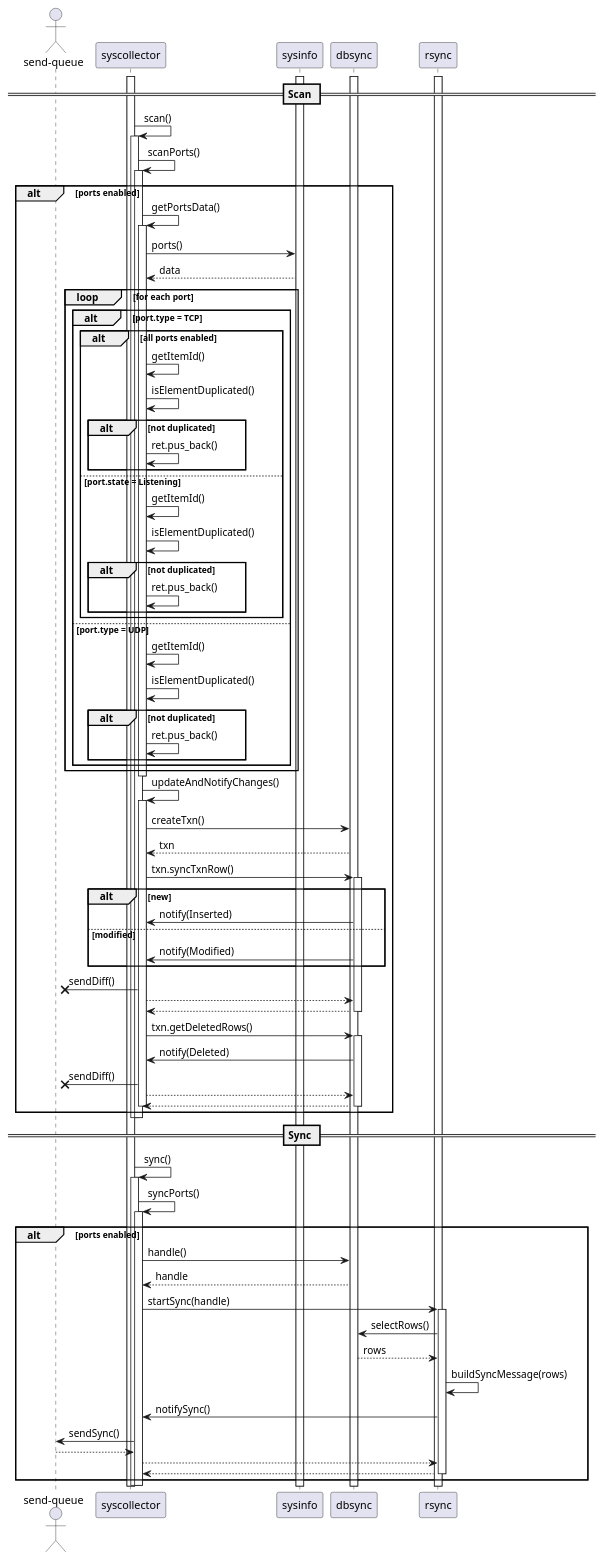
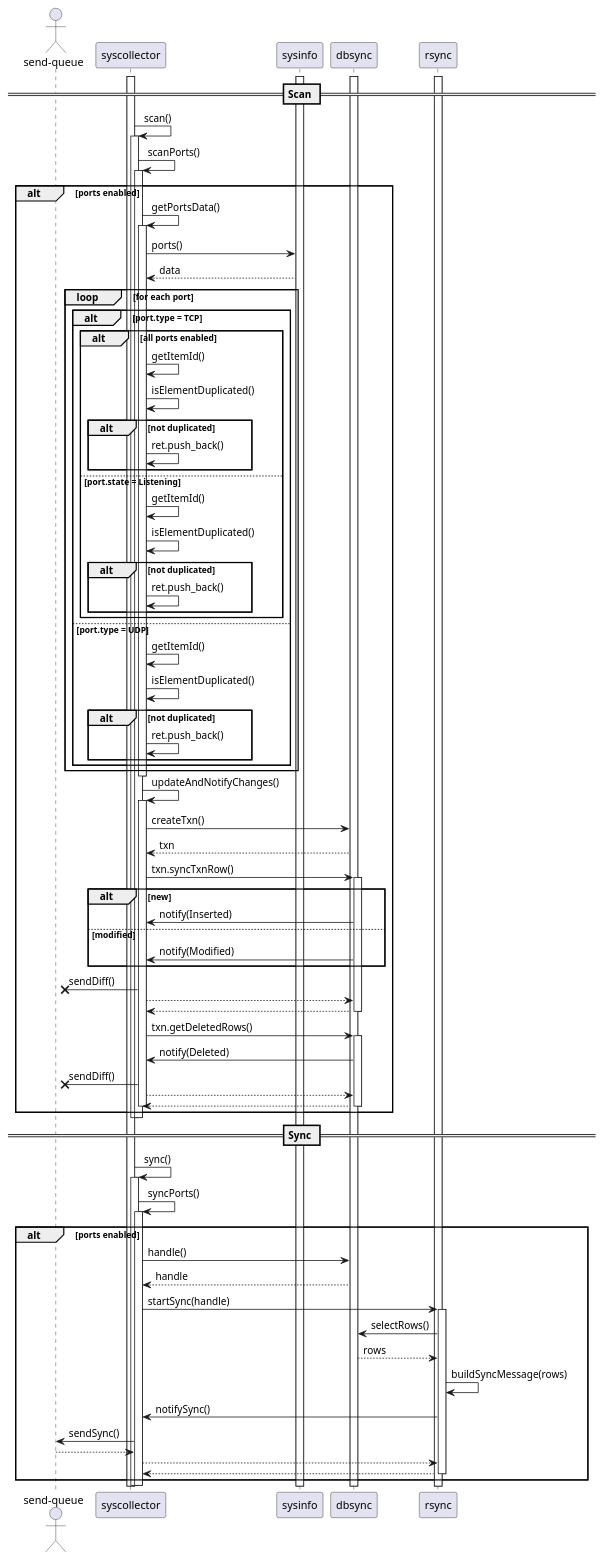
The diagram in src/diagrams/architecture/syscollector/sequence-ports.puml (wazuh/wazuh-agent), drawn with PlantUML before and after one commit. The commit also changed other lines of this file and 4 other files, not shown here.

Commit message:
added syscollector diagrams.

```diff
--- a/src/diagrams/architecture/syscollector/sequence-ports.puml
+++ b/src/diagrams/architecture/syscollector/sequence-ports.puml
@@ -1,86 +1,86 @@
-@startuml
+@startuml ports
 actor "send-queue" as queue
 participant syscollector as sysco
 participant sysinfo
 participant dbsync
 participant rsync
 
 activate dbsync
 activate rsync
 activate sysco
 activate sysinfo
 == Scan ==
 sysco -> sysco++ : scan()
 sysco -> sysco++ : scanPorts()
 alt ports enabled
     sysco -> sysco++ : getPortsData()
         sysco -> sysinfo : ports()
         sysco <-- sysinfo : data
         loop for each port
             alt port.type = TCP
                 alt all ports enabled
                     sysco -> sysco : getItemId()
                     sysco -> sysco : isElementDuplicated()
                     alt not duplicated
-                        sysco -> sysco : ret.pus_back()
+                        sysco -> sysco : ret.push_back()
                     end
                 else port.state = Listening
                     sysco -> sysco : getItemId()
                     sysco -> sysco : isElementDuplicated()
                     alt not duplicated
-                        sysco -> sysco : ret.pus_back()
+                        sysco -> sysco : ret.push_back()
                     end
                 end
             else port.type = UDP
                 sysco -> sysco : getItemId()
                 sysco -> sysco : isElementDuplicated()
                 alt not duplicated
-                    sysco -> sysco : ret.pus_back()
+                    sysco -> sysco : ret.push_back()
                 end
             end
         end
     sysco--
     sysco -> sysco++ : updateAndNotifyChanges()
         sysco -> dbsync : createTxn()
         sysco <-- dbsync : txn
         sysco -> dbsync++ : txn.syncTxnRow()
             alt new
                 dbsync -> sysco : notify(Inserted)
             else modified
                 dbsync -> sysco : notify(Modified)
             end
             sysco ->x queue : sendDiff()
             dbsync <-- sysco
             dbsync --> sysco
         dbsync--
         sysco -> dbsync++ : txn.getDeletedRows()
             dbsync -> sysco : notify(Deleted)
             sysco ->x queue : sendDiff()
             dbsync <-- sysco
             dbsync --> sysco
         dbsync--
     sysco--
 end
 sysco--
 sysco--
 == Sync ==
 sysco -> sysco++ : sync()
 sysco -> sysco++ : syncPorts()
     alt ports enabled
         sysco -> dbsync : handle()
         sysco <-- dbsync : handle
         sysco -> rsync++ : startSync(handle)
             rsync -> dbsync : selectRows()
             dbsync --> rsync : rows
             rsync -> rsync : buildSyncMessage(rows)
             rsync -> sysco : notifySync()
             sysco -> queue : sendSync()
             sysco <-- queue
             sysco --> rsync
             rsync --> sysco
         rsync--
     end
 sysco--
 sysco--
 
 @enduml
```
